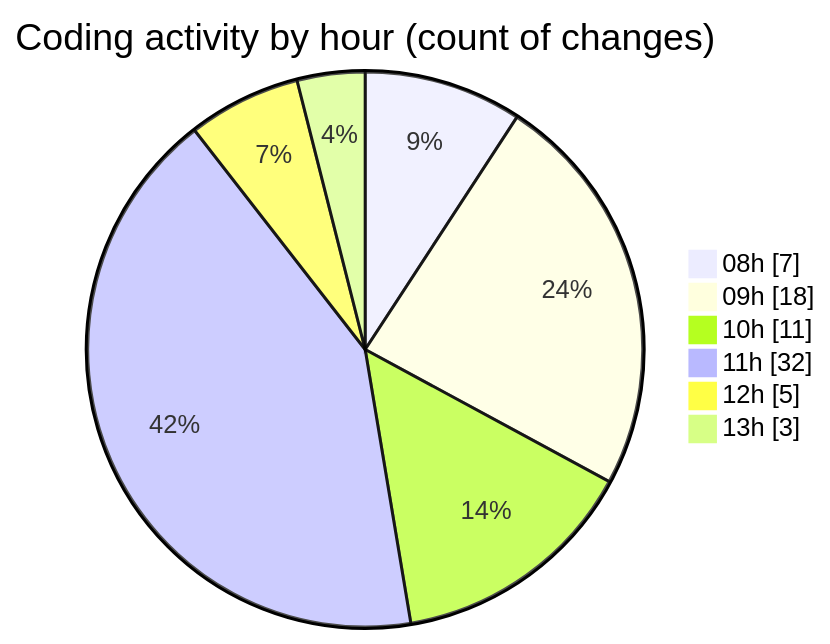
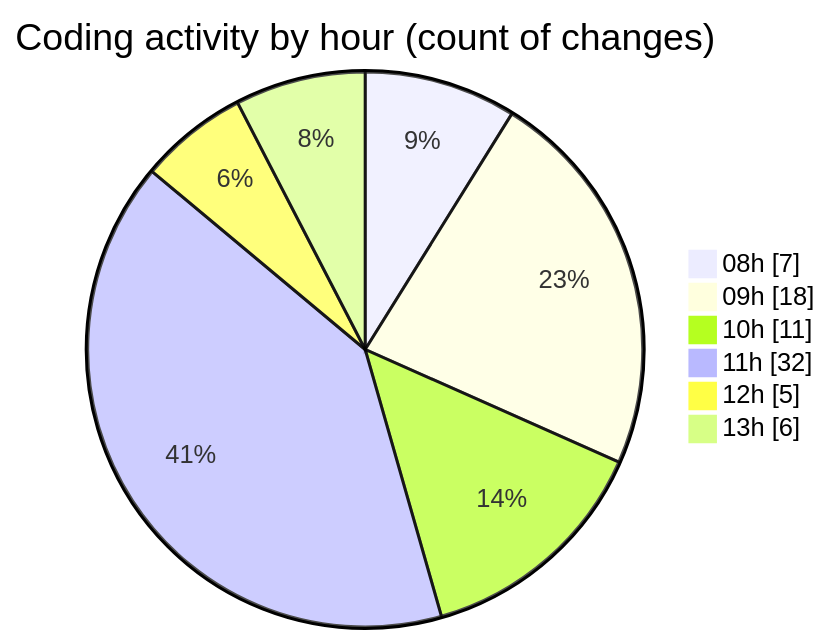
The second of 2 diagrams in 2025-11-11/cda/README.md (momahboobian/code-tracking), drawn with Mermaid before and after one commit. The commit also changed other lines of this file and 1 other file, not shown here.

````diff
--- a/2025-11-11/cda/README.md
+++ b/2025-11-11/cda/README.md
@@ -37,10 +38,10 @@
 ```mermaid
 pie showData
 title Coding activity by hour (count of changes)
 "08h" : 7
 "09h" : 18
 "10h" : 11
 "11h" : 32
 "12h" : 5
-"13h" : 3
+"13h" : 6
 ```
````
